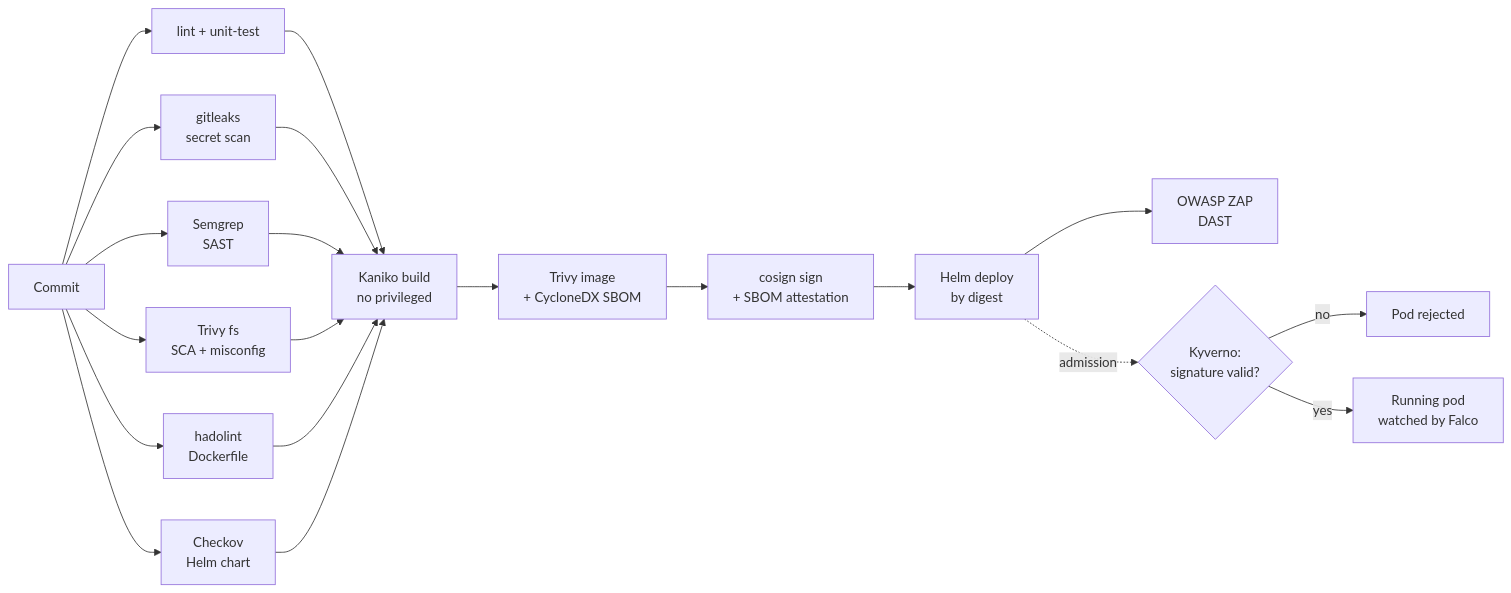
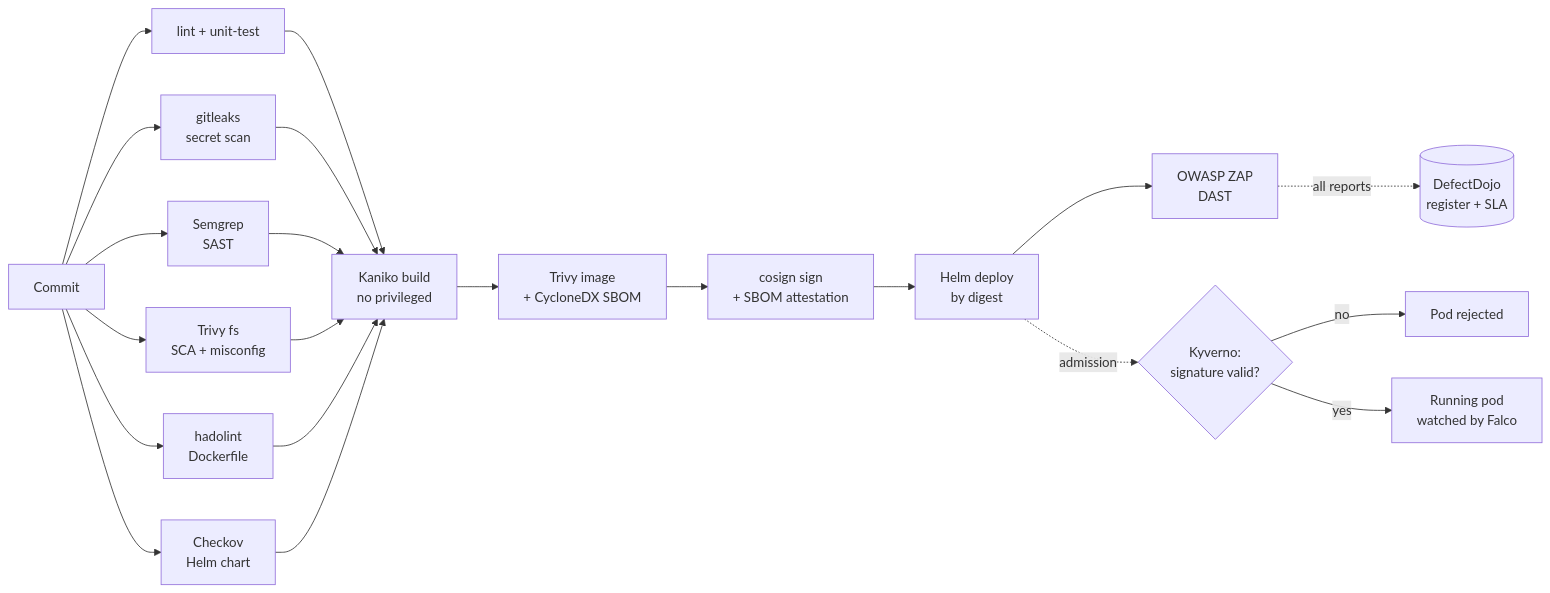
One commit to onurcarkcioglu/catalog-api changed the diagram in README.md. Above: the diagram before and after it, drawn with Mermaid. The commit also changed other lines of this file, not shown here.

````diff
--- a/README.md
+++ b/README.md
@@ -23,17 +23,18 @@
 ```mermaid
 flowchart LR
     A[Commit] --> B[lint + unit-test]
     A --> C[gitleaks<br/>secret scan]
     A --> D[Semgrep<br/>SAST]
     A --> E[Trivy fs<br/>SCA + misconfig]
     A --> M[hadolint<br/>Dockerfile]
     A --> N[Checkov<br/>Helm chart]
     B & C & D & E & M & N --> F[Kaniko build<br/>no privileged]
     F --> G[Trivy image<br/>+ CycloneDX SBOM]
     G --> H[cosign sign<br/>+ SBOM attestation]
     H --> I[Helm deploy<br/>by digest]
     I --> J[OWASP ZAP<br/>DAST]
+    J -. all reports .-> R[(DefectDojo<br/>register + SLA)]
     I -. admission .-> K{Kyverno:<br/>signature valid?}
     K -- no --> X[Pod rejected]
     K -- yes --> L[Running pod<br/>watched by Falco]
 ```
````
